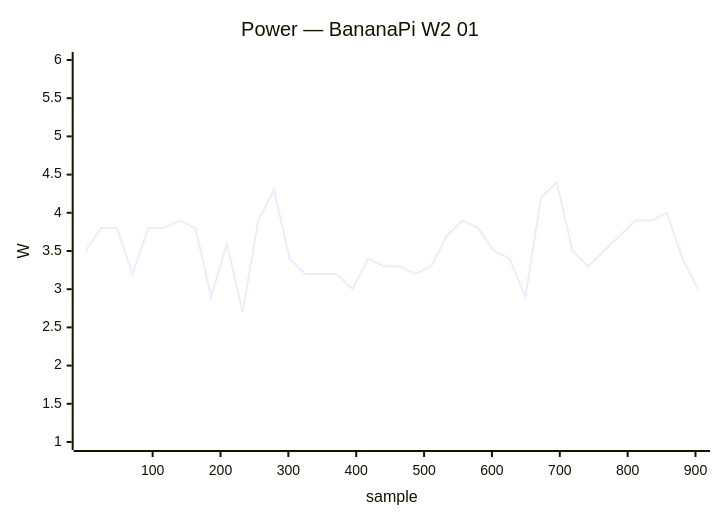
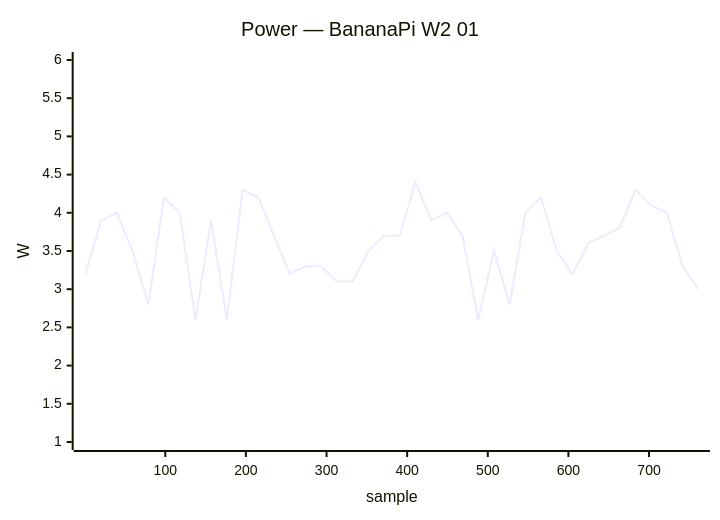
Before and after one commit to armbian/documentation: diagram 16 of 50 in docs/status/board-tests.md, drawn with Mermaid. The commit also changed other lines of this file, not shown here.

````diff
--- a/docs/status/board-tests.md
+++ b/docs/status/board-tests.md
@@ -778,7 +837,7 @@
 ```mermaid
 xychart-beta
     title "Power — BananaPi W2 01"
-    x-axis "sample" 1 --> 904
+    x-axis "sample" 1 --> 761
     y-axis "W" 1.0 --> 6.0
-    line [3.5, 3.8, 3.8, 3.2, 3.8, 3.8, 3.9, 3.8, 2.9, 3.6, 2.7, 3.9, 4.3, 3.4, 3.2, 3.2, 3.2, 3.0, 3.4, 3.3, 3.3, 3.2, 3.3, 3.7, 3.9, 3.8, 3.5, 3.4, 2.9, 4.2, 4.4, 3.5, 3.3, 3.5, 3.7, 3.9, 3.9, 4.0, 3.4, 3.0]
+    line [3.2, 3.9, 4.0, 3.5, 2.8, 4.2, 4.0, 2.6, 3.9, 2.6, 4.3, 4.2, 3.7, 3.2, 3.3, 3.3, 3.1, 3.1, 3.5, 3.7, 3.7, 4.4, 3.9, 4.0, 3.7, 2.6, 3.5, 2.8, 4.0, 4.2, 3.5, 3.2, 3.6, 3.7, 3.8, 4.3, 4.1, 4.0, 3.3, 3.0]
 ```
````
